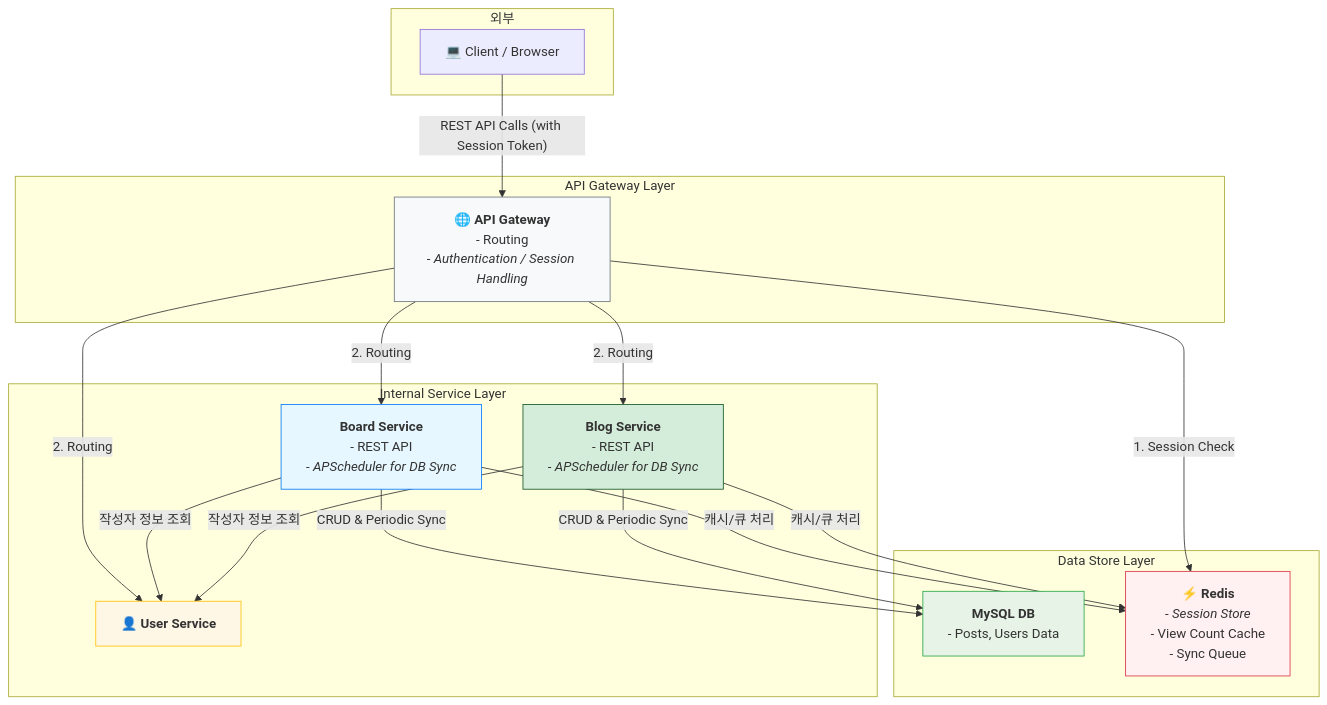
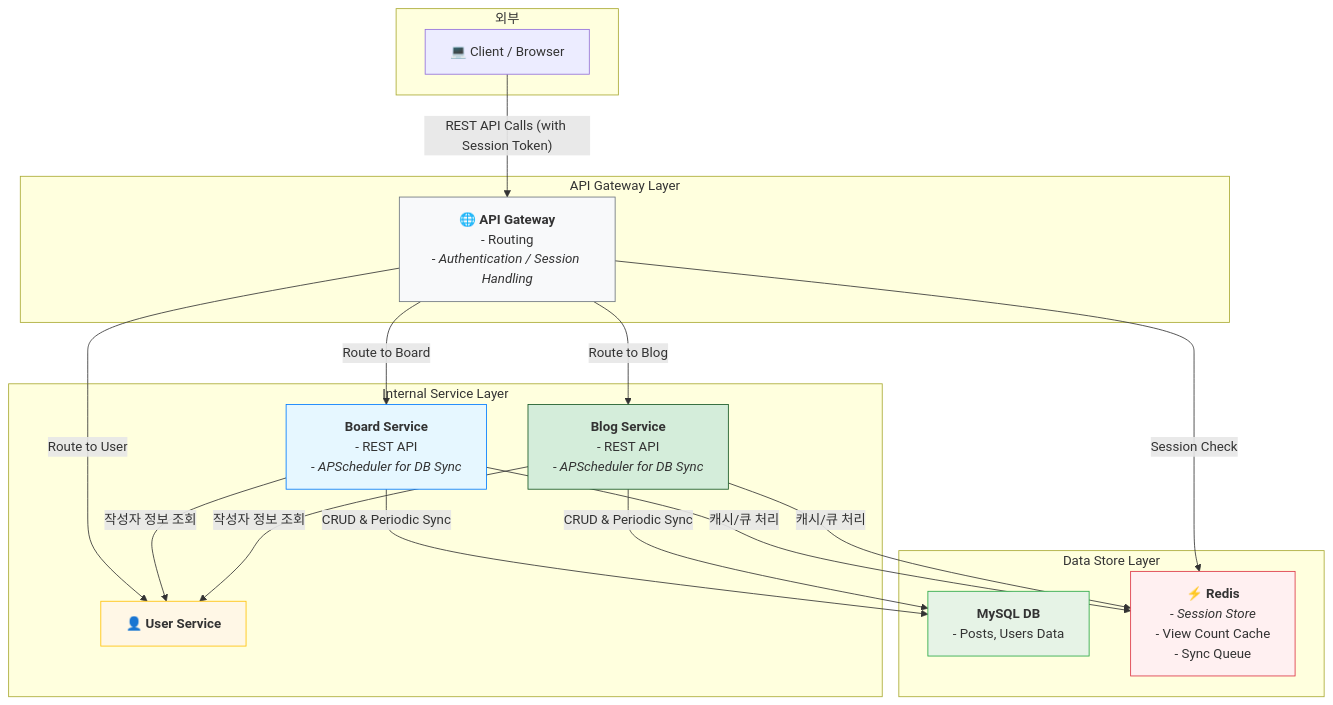
One commit to bjsong-teach/project changed the diagram in README.md. Above: the diagram before and after it, drawn with Mermaid.

````diff
--- a/README.md
+++ b/README.md
@@ -1,43 +1,43 @@
 ```mermaid
 graph TD
     subgraph "외부"
         Client[💻 Client / Browser]
     end
 
     subgraph "API Gateway Layer"
         style Gateway fill:#f8f9fa,stroke:#6c757d
         Gateway["<b>🌐 API Gateway</b><br/>- Routing<br/>- <i>Authentication / Session Handling</i>"]
     end
 
     subgraph "Internal Service Layer"
         style BoardService fill:#e6f7ff,stroke:#007bff
         style BlogService fill:#d4edda,stroke:#155724
         style UserService fill:#fff7e6,stroke:#ffc107
         BoardService["<b>Board Service</b><br/>- REST API<br/>- <i>APScheduler for DB Sync</i>"]
         BlogService["<b>Blog Service</b><br/>- REST API<br/>- <i>APScheduler for DB Sync</i>"]
         UserService["<b>👤 User Service</b>"]
     end
 
     subgraph "Data Store Layer"
         style DB fill:#e6f3e6,stroke:#28a745
         style Redis fill:#fff0f1,stroke:#dc3545
         DB["<b>MySQL DB</b><br/>- Posts, Users Data"]
         Redis["<b>⚡ Redis</b><br/>- <i>Session Store</i><br/>- View Count Cache<br/>- Sync Queue"]
     end
 
     Client -- "REST API Calls (with Session Token)" --> Gateway
 
-    Gateway -- "1. Session Check" --> Redis
-    Gateway -- "2. Routing" --> BoardService
-    Gateway -- "2. Routing" --> BlogService
-    Gateway -- "2. Routing" --> UserService
+    Gateway -- "Session Check" --> Redis
+    Gateway -- "Route to Board" --> BoardService
+    Gateway -- "Route to Blog" --> BlogService
+    Gateway -- "Route to User" --> UserService
     
     BoardService -- "작성자 정보 조회" --> UserService
     BlogService -- "작성자 정보 조회" --> UserService
 
     BoardService -- "CRUD & Periodic Sync" --> DB
     BlogService -- "CRUD & Periodic Sync" --> DB
 
     BoardService -- "캐시/큐 처리" --> Redis
     BlogService -- "캐시/큐 처리" --> Redis
 ```
````
